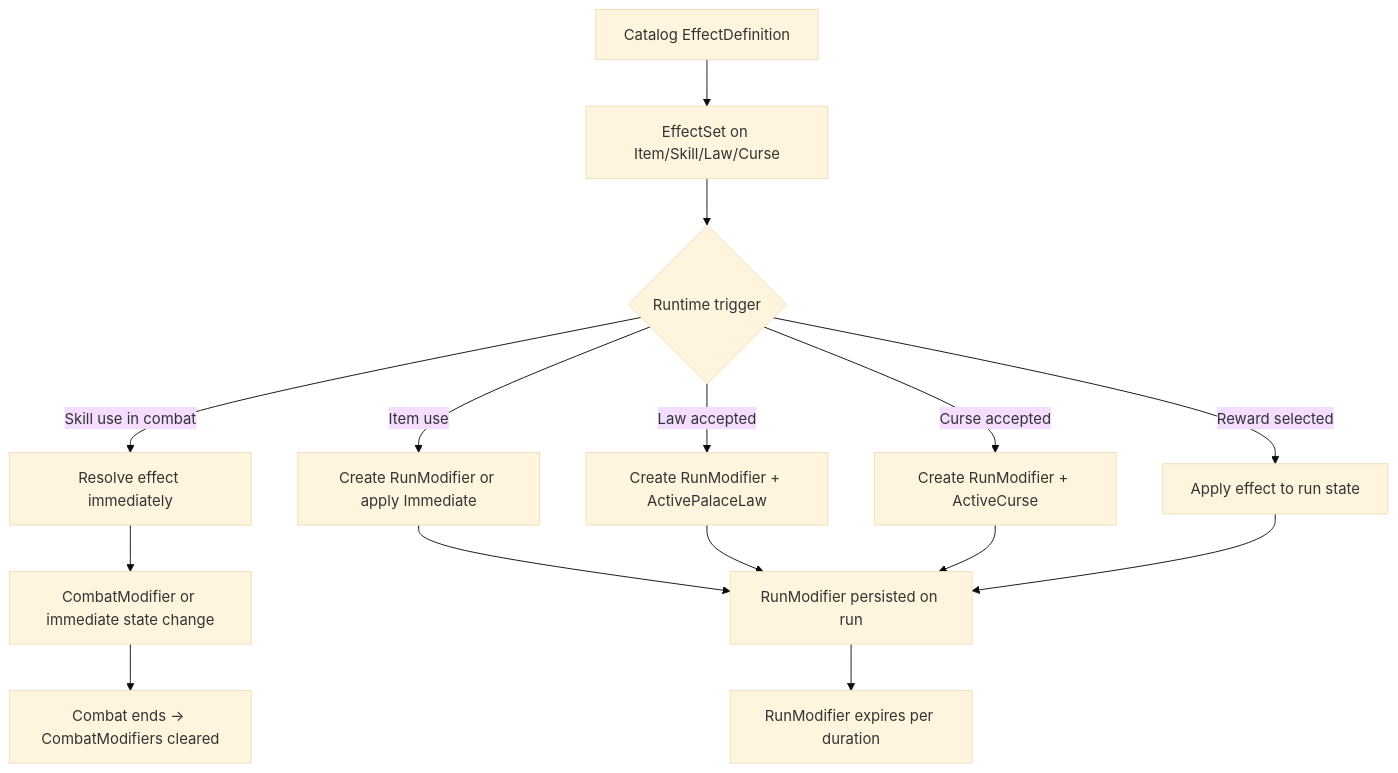
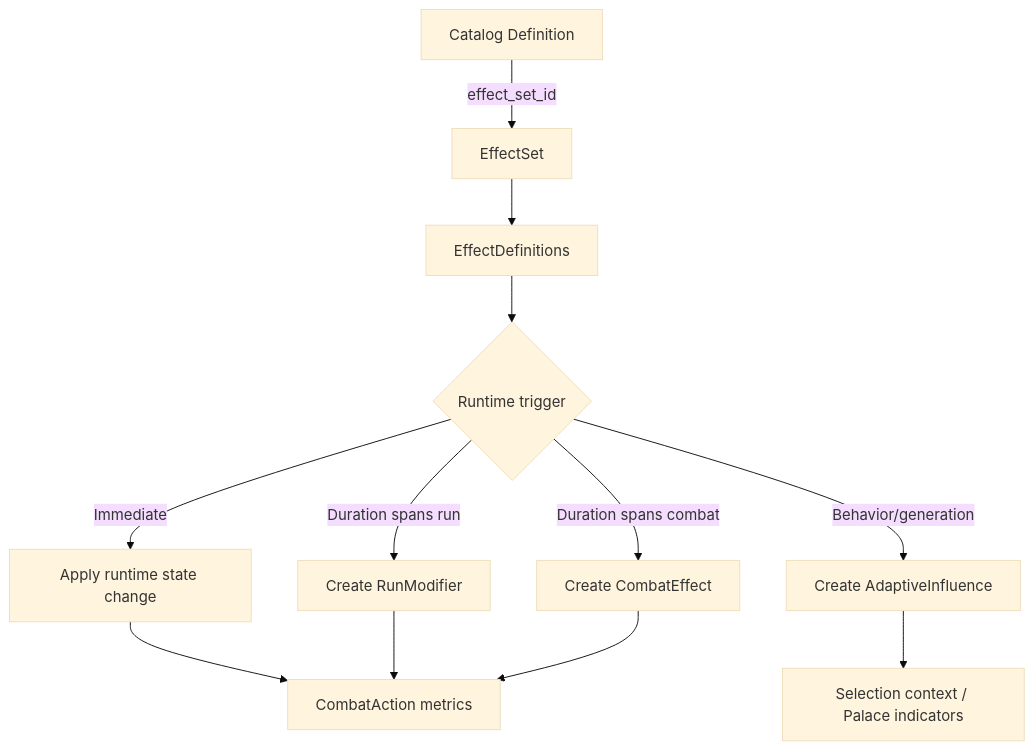
The diagram in docs/data-model/03-effect-modifier-and-duration-model.md (ThomasZadikian/lepopee-des-silences), drawn with Mermaid (base theme) before and after one commit. The commit also changed other lines of this file and 12 other files, not shown here.

````diff
--- a/docs/data-model/03-effect-modifier-and-duration-model.md
+++ b/docs/data-model/03-effect-modifier-and-duration-model.md
@@ -173,17 +166,14 @@
 ```mermaid
 flowchart TD
-    A[Catalog EffectDefinition] --> B[EffectSet on Item/Skill/Law/Curse]
-    B --> C{Runtime trigger}
-    C -->|Skill use in combat| D[Resolve effect immediately]
-    C -->|Item use| E[Create RunModifier or apply Immediate]
-    C -->|Law accepted| F[Create RunModifier + ActivePalaceLaw]
-    C -->|Curse accepted| G[Create RunModifier + ActiveCurse]
-    C -->|Reward selected| H[Apply effect to run state]
-    D --> I[CombatModifier or immediate state change]
-    E --> J[RunModifier persisted on run]
-    F --> J
-    G --> J
-    H --> J
-    I --> K[Combat ends → CombatModifiers cleared]
-    J --> L[RunModifier expires per duration]
+    A[Catalog Definition] -->|effect_set_id| B[EffectSet]
+    B --> C[EffectDefinitions]
+    C --> D{Runtime trigger}
+    D -->|Immediate| E[Apply runtime state change]
+    D -->|Duration spans run| F[Create RunModifier]
+    D -->|Duration spans combat| G[Create CombatEffect]
+    D -->|Behavior/generation| H[Create AdaptiveInfluence]
+    E --> I[CombatAction metrics]
+    F --> I
+    G --> I
+    H --> J[Selection context / Palace indicators]
 ```
````
